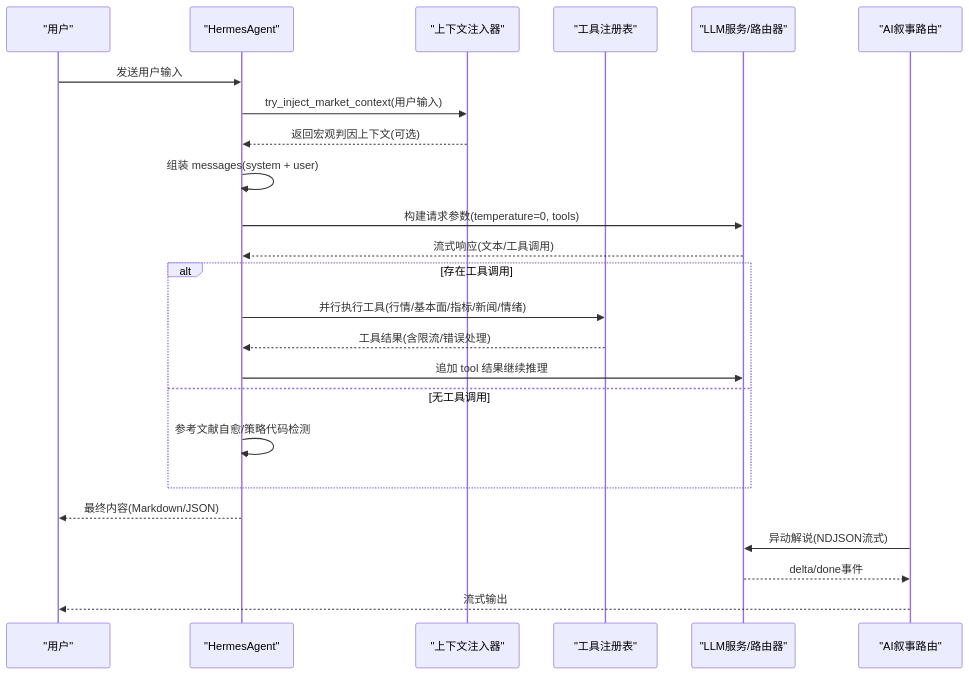
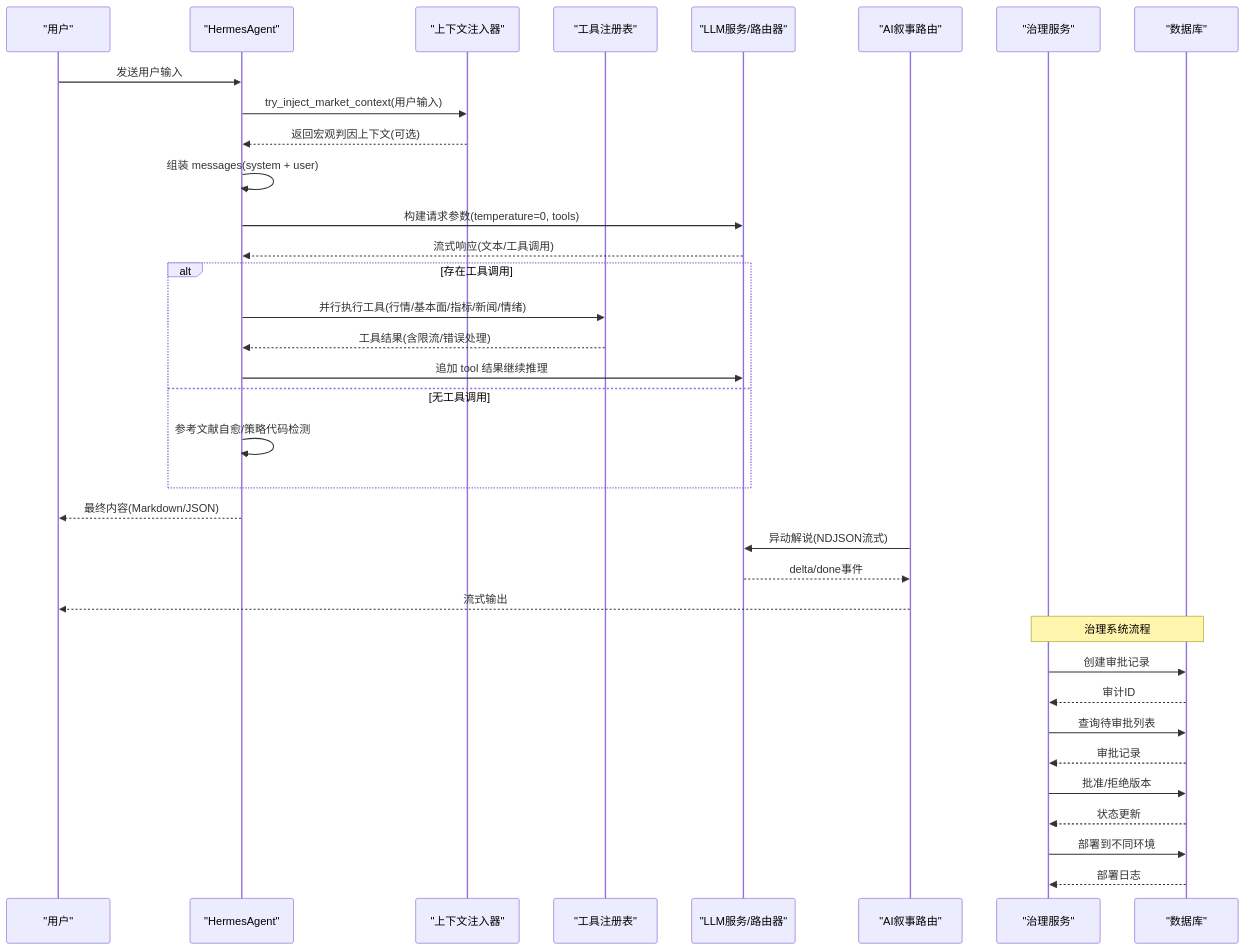
Before and after one commit to songlinhe5-lab/quant_agent: the second of 3 diagrams in .qoder/repowiki/zh/content/AI智能代理系统/提示词工程/提示词工程.md, drawn with Mermaid. The commit also changed other lines of this file and 294 other files, not shown here.

````diff
--- a/.qoder/repowiki/zh/content/AI智能代理系统/提示词工程/提示词工程.md
+++ b/.qoder/repowiki/zh/content/AI智能代理系统/提示词工程/提示词工程.md
@@ -96,26 +128,37 @@
 ```mermaid
 sequenceDiagram
 participant U as "用户"
 participant AG as "HermesAgent"
 participant CI as "上下文注入器"
 participant TR as "工具注册表"
 participant LLM as "LLM服务/路由器"
 participant RT as "AI叙事路由"
+participant GOV as "治理服务"
+participant DB as "数据库"
 U->>AG : 发送用户输入
 AG->>CI : try_inject_market_context(用户输入)
 CI-->>AG : 返回宏观判因上下文(可选)
 AG->>AG : 组装 messages(system + user)
 AG->>LLM : 构建请求参数(temperature=0, tools)
 LLM-->>AG : 流式响应(文本/工具调用)
 alt 存在工具调用
 AG->>TR : 并行执行工具(行情/基本面/指标/新闻/情绪)
 TR-->>AG : 工具结果(含限流/错误处理)
 AG->>LLM : 追加 tool 结果继续推理
 else 无工具调用
 AG->>AG : 参考文献自愈/策略代码检测
 end
 AG-->>U : 最终内容(Markdown/JSON)
 RT->>LLM : 异动解说(NDJSON流式)
 LLM-->>RT : delta/done事件
 RT-->>U : 流式输出
+Note over GOV,DB : 治理系统流程
+GOV->>DB : 创建审批记录
+DB-->>GOV : 审计ID
+GOV->>DB : 查询待审批列表
+DB-->>GOV : 审批记录
+GOV->>DB : 批准/拒绝版本
+DB-->>GOV : 状态更新
+GOV->>DB : 部署到不同环境
+DB-->>GOV : 部署日志
 ```
````
